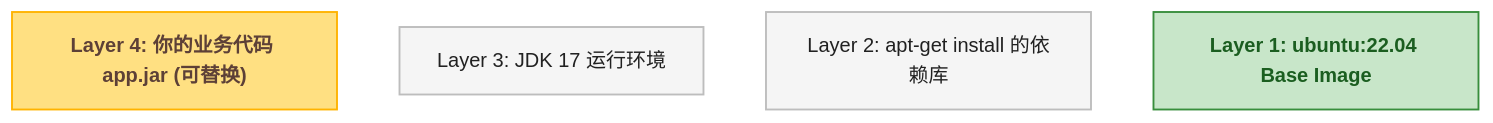
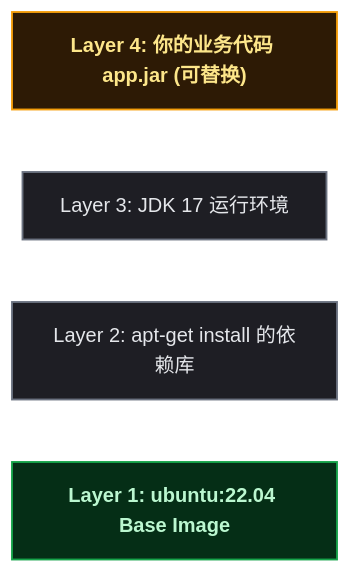
One commit to yaocat55/yaocat55.github.io changed the first of 7 diagrams in content/posts/kubernetes/K8sFoundationConcepts.md. Above: the diagram before and after it, drawn with Mermaid. The commit also changed other lines of this file and 155 other files, not shown here.

````diff
--- a/content/posts/kubernetes/K8sFoundationConcepts.md
+++ b/content/posts/kubernetes/K8sFoundationConcepts.md
@@ -101,16 +101,16 @@
 ```mermaid
-flowchart TD
+flowchart LR
   L4["Layer 4: 你的业务代码 app.jar (可替换)"]
   L3["Layer 3: JDK 17 运行环境"]
   L2["Layer 2: apt-get install 的依赖库"]
   L1["Layer 1: ubuntu:22.04 Base Image"]
 
-  classDef base fill:#C8E6C9,stroke:#388E3C,stroke-width:1.5px,color:#1B5E20,font-weight:bold
+classDef base fill:#052e16,stroke:#16a34a,stroke-width:1.5px,color:#bbf7d0,font-weight:bold;
   class L1 base
 
-  classDef mid fill:#F5F5F5,stroke:#BDBDBD,stroke-width:1.5px,color:#212121
+classDef mid fill:#1e1e24,stroke:#6b7280,stroke-width:1.5px,color:#e5e7eb;
   class L2,L3 mid
 
-  classDef top fill:#FFE082,stroke:#FFB300,stroke-width:1.5px,color:#5D4037,font-weight:bold
+classDef top fill:#2d1a05,stroke:#f59e0b,stroke-width:1.5px,color:#fde68a,font-weight:bold;
   class L4 top
 ```
````
